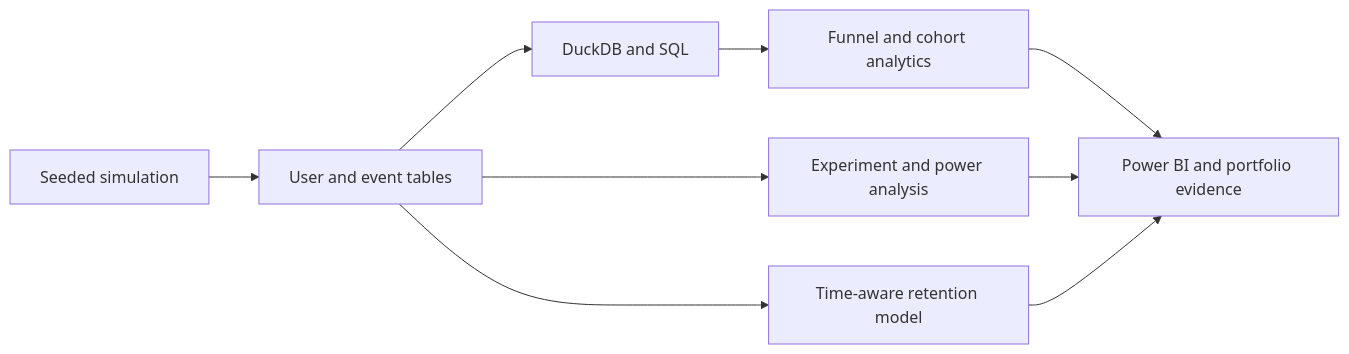
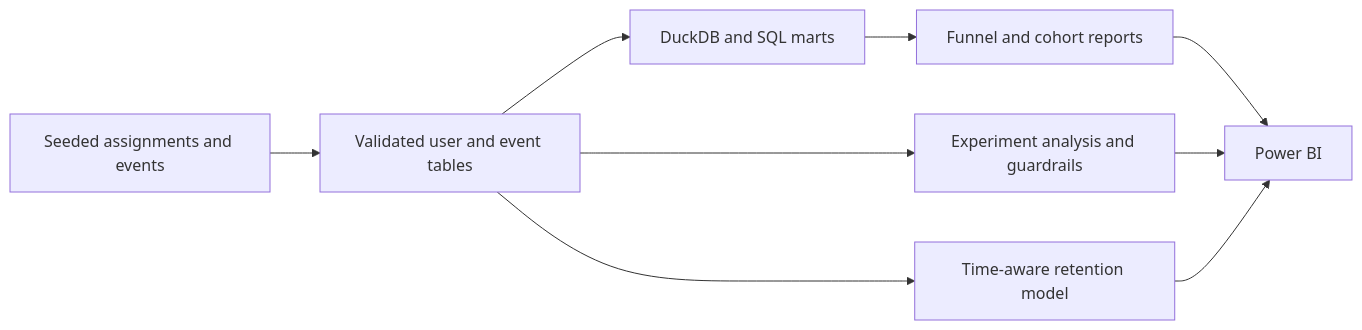
One commit to RishiRatnakarData/product-experimentation-analytics changed the diagram in README.md. Above: the diagram before and after it, drawn with Mermaid. The commit also changed other lines of this file and 3 other files, not shown here.

````diff
--- a/README.md
+++ b/README.md
@@ -80,11 +68,11 @@
 ```mermaid
 flowchart LR
-  A[Seeded simulation] --> B[User and event tables]
-  B --> C[DuckDB and SQL]
-  C --> D[Funnel and cohort analytics]
-  B --> E[Experiment and power analysis]
-  B --> F[Time-aware retention model]
-  D --> G[Power BI and portfolio evidence]
-  E --> G
-  F --> G
+    A[Seeded assignments and events] --> B[Validated user and event tables]
+    B --> C[DuckDB and SQL marts]
+    C --> D[Funnel and cohort reports]
+    B --> E[Experiment analysis and guardrails]
+    B --> F[Time-aware retention model]
+    D --> G[Power BI]
+    E --> G
+    F --> G
 ```
````
